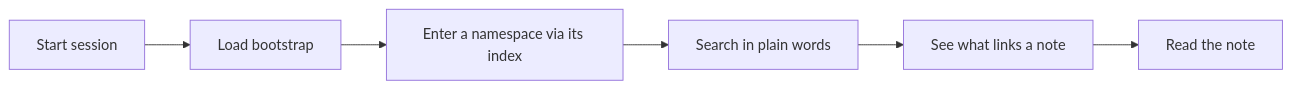
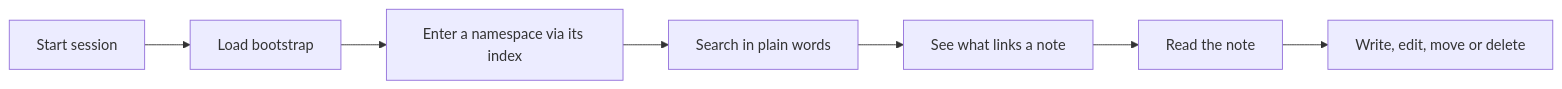
Before and after one commit to selcux/recognitor: the second of 7 diagrams in README.md, drawn with Mermaid. The commit also changed other lines of this file, not shown here.

First line of the commit message:
docs: update the README for the MCP server and write tools

````diff
--- a/README.md
+++ b/README.md
@@ -11,8 +19,9 @@
 ```mermaid
 flowchart LR
   start[Start session] --> bootstrap[Load bootstrap]
   bootstrap --> enter[Enter a namespace via its index]
   enter --> search[Search in plain words]
   search --> context[See what links a note]
   context --> read[Read the note]
+  read --> write[Write, edit, move or delete]
 ```
````
